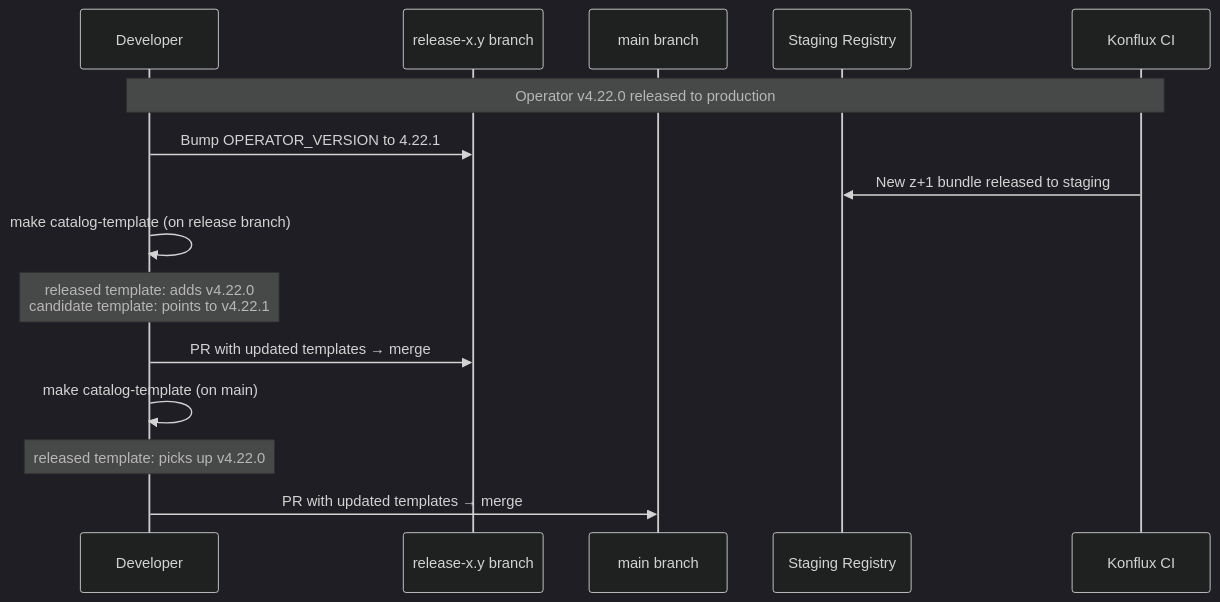
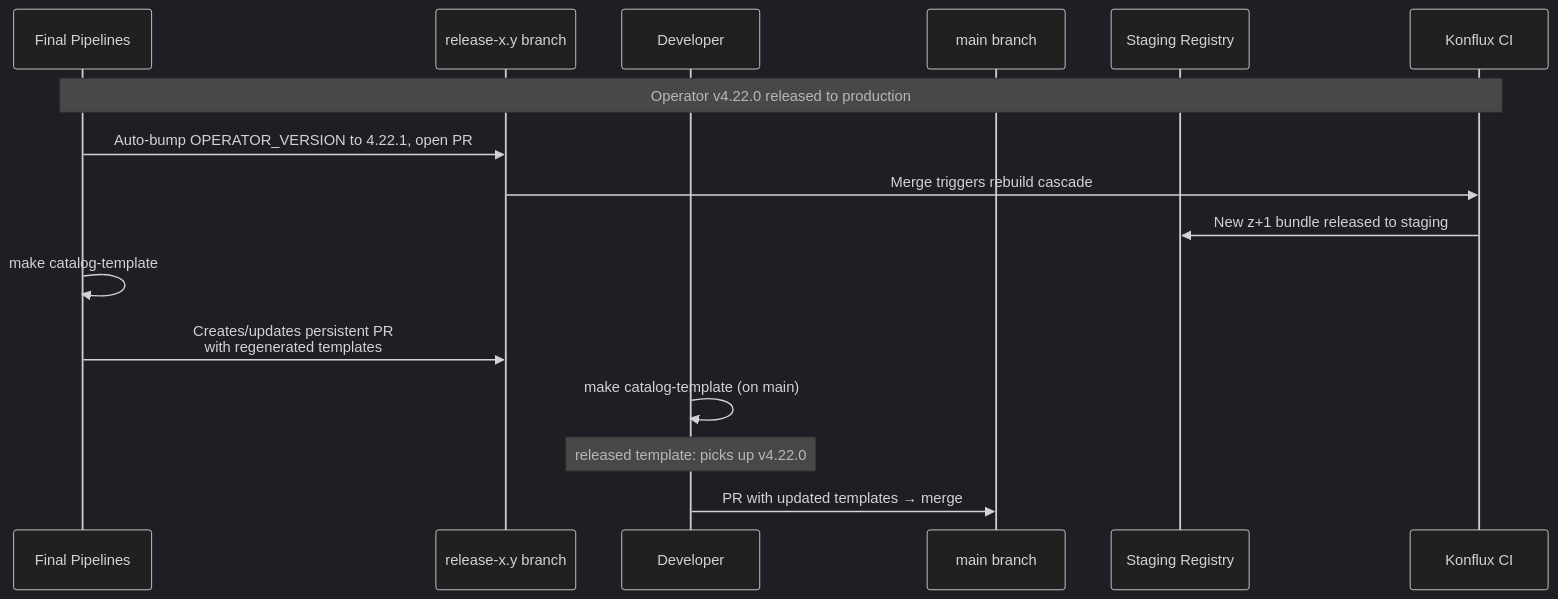
The third of 4 diagrams in docs/konflux/file-based-catalog.md (openshift/lvm-operator), drawn with Mermaid (dark theme) before and after one commit. The commit also changed other lines of this file and 4 other files, not shown here.

````diff
--- a/docs/konflux/file-based-catalog.md
+++ b/docs/konflux/file-based-catalog.md
@@ -66,20 +66,20 @@
 ```mermaid
 sequenceDiagram
+    participant Pipeline as Final Pipelines
+    participant RelBranch as release-x.y branch
     participant Dev as Developer
-    participant RelBranch as release-x.y branch
     participant Main as main branch
     participant Staging as Staging Registry
     participant Konflux as Konflux CI
 
-    Note over Dev,Konflux: Operator v4.22.0 released to production
-    Dev->>RelBranch: Bump OPERATOR_VERSION to 4.22.1
+    Note over Pipeline,Konflux: Operator v4.22.0 released to production
+    Pipeline->>RelBranch: Auto-bump OPERATOR_VERSION to 4.22.1, open PR
+    RelBranch->>Konflux: Merge triggers rebuild cascade
     Konflux->>Staging: New z+1 bundle released to staging
-
-    Dev->>Dev: make catalog-template (on release branch)
-    Note over Dev: released template: adds v4.22.0<br/>candidate template: points to v4.22.1
-    Dev->>RelBranch: PR with updated templates → merge
+    Pipeline->>Pipeline: make catalog-template
+    Pipeline->>RelBranch: Creates/updates persistent PR<br/>with regenerated templates
 
     Dev->>Dev: make catalog-template (on main)
     Note over Dev: released template: picks up v4.22.0
     Dev->>Main: PR with updated templates → merge
 ```
````
